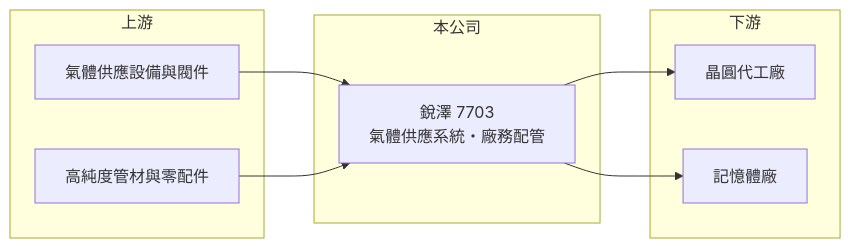
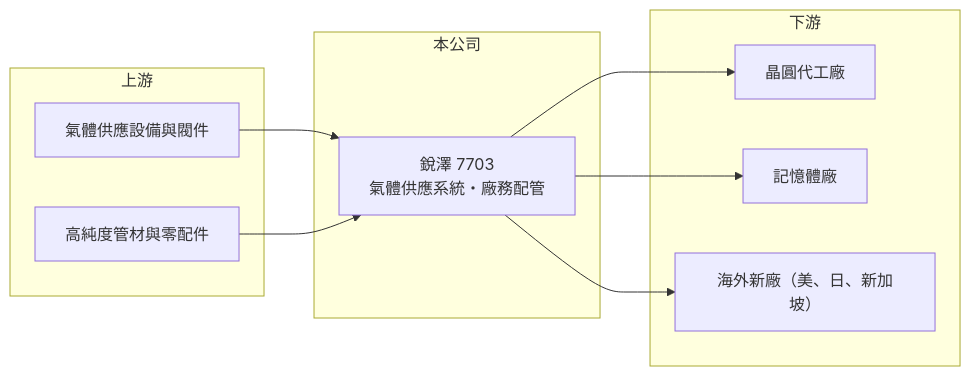
Before and after one commit to wangnick1004/taiwan-stock-vault: the second of 2 diagrams in 個股/台股/7703銳澤.md, drawn with Mermaid. The commit also changed other lines of this file and 142 other files, not shown here.

````diff
--- a/個股/台股/7703銳澤.md
+++ b/個股/台股/7703銳澤.md
@@ -87,18 +103,20 @@
 ```mermaid
 flowchart LR
     subgraph 上游
         A1["氣體供應設備與閥件"]
         A2["高純度管材與零配件"]
     end
     subgraph 本公司
         B["銳澤 7703<br/>氣體供應系統・廠務配管"]
     end
     subgraph 下游
         C1["晶圓代工廠"]
         C2["記憶體廠"]
+        C3["海外新廠（美、日、新加坡）"]
     end
     A1 --> B
     A2 --> B
     B --> C1
     B --> C2
+    B --> C3
 ```
````
